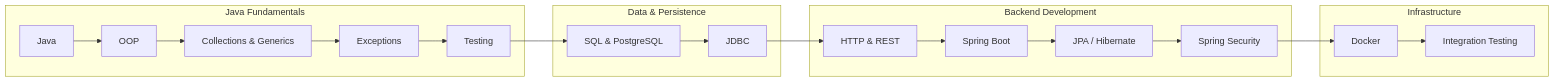
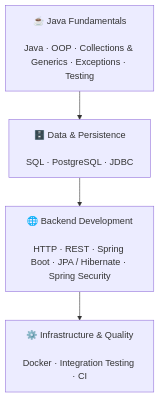
The diagram in README.md (davi-amaraldev/davi-amaraldev), drawn with Mermaid before and after one commit. The commit also changed other lines of this file, not shown here.

Commit message:
Revise flowchart for Java Fundamentals section
Updated flowchart to enhance clarity and organization of Java fundamentals and related topics.

````diff
--- a/README.md
+++ b/README.md
@@ -70,27 +68,11 @@
 ```mermaid
-flowchart LR
-    subgraph Fundamentals["Java Fundamentals"]
-        A["Java"] --> B["OOP"]
-        B --> C["Collections & Generics"]
-        C --> D["Exceptions"]
-        D --> E["Testing"]
-    end
+flowchart TB
+    A["☕ Java Fundamentals<br/><br/>Java · OOP · Collections & Generics · Exceptions · Testing"]
+    B["🗄️ Data & Persistence<br/><br/>SQL · PostgreSQL · JDBC"]
+    C["🌐 Backend Development<br/><br/>HTTP · REST · Spring Boot · JPA / Hibernate · Spring Security"]
+    D["⚙️ Infrastructure & Quality<br/><br/>Docker · Integration Testing · CI"]
 
-    subgraph Data["Data & Persistence"]
-        F["SQL & PostgreSQL"] --> G["JDBC"]
-    end
-
-    subgraph Web["Backend Development"]
-        H["HTTP & REST"] --> I["Spring Boot"]
-        I --> J["JPA / Hibernate"]
-        J --> K["Spring Security"]
-    end
-
-    subgraph Infrastructure["Infrastructure"]
-        L["Docker"] --> M["Integration Testing"]
-    end
-
-    E --> F
-    G --> H
-    K --> L
+    A --> B
+    B --> C
+    C --> D
 ```
````
